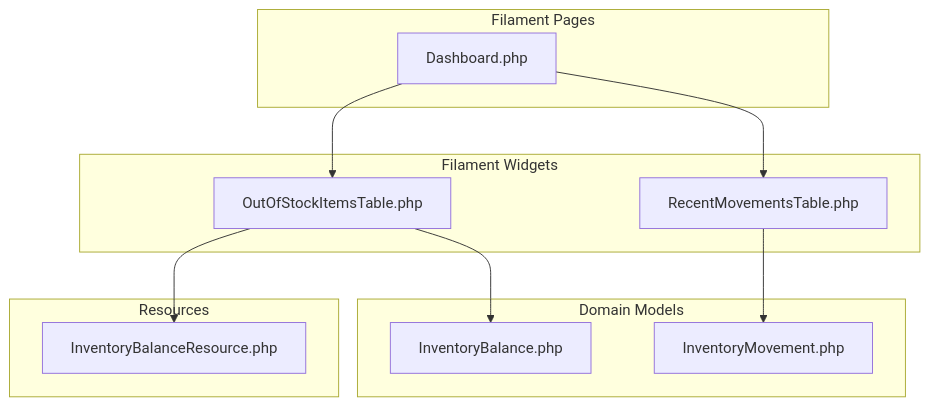
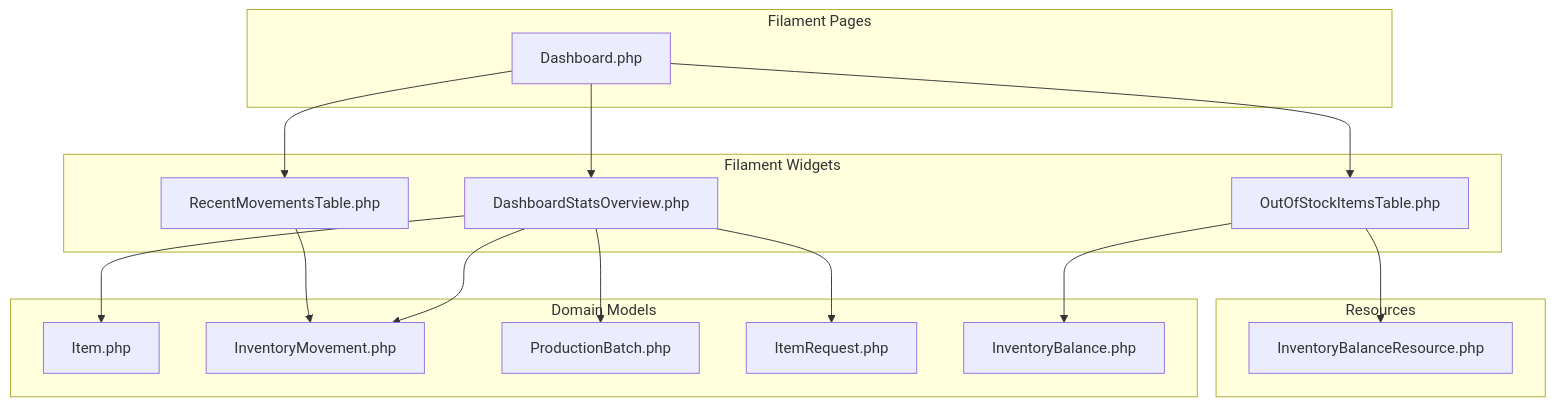
One commit to Dikksap/laravel_RsvHelmet changed the first of 8 diagrams in .qoder/repowiki/en/content/Filament Admin Panel/Dashboard Widgets.md. Above: the diagram before and after it, drawn with Mermaid. The commit also changed other lines of this file and 52 other files, not shown here.

````diff
--- a/.qoder/repowiki/en/content/Filament Admin Panel/Dashboard Widgets.md
+++ b/.qoder/repowiki/en/content/Filament Admin Panel/Dashboard Widgets.md
@@ -50,22 +56,31 @@
 ```mermaid
 graph TB
 subgraph "Filament Pages"
 D["Dashboard.php"]
 end
 subgraph "Filament Widgets"
+DSO["DashboardStatsOverview.php"]
 OOST["OutOfStockItemsTable.php"]
 RMT["RecentMovementsTable.php"]
 end
 subgraph "Domain Models"
-IB["InventoryBalance.php"]
-IM["InventoryMovement.php"]
+ITM["Item.php"]
+IMV["InventoryMovement.php"]
+PBD["ProductionBatch.php"]
+ITR["ItemRequest.php"]
+IBL["InventoryBalance.php"]
 end
 subgraph "Resources"
 IBR["InventoryBalanceResource.php"]
 end
+D --> DSO
 D --> OOST
 D --> RMT
-OOST --> IB
+DSO --> ITM
+DSO --> IMV
+DSO --> PBD
+DSO --> ITR
+OOST --> IBL
 OOST --> IBR
-RMT --> IM
+RMT --> IMV
 ```
````
